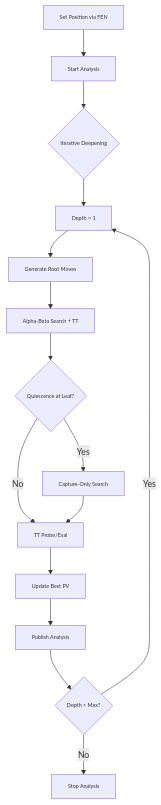
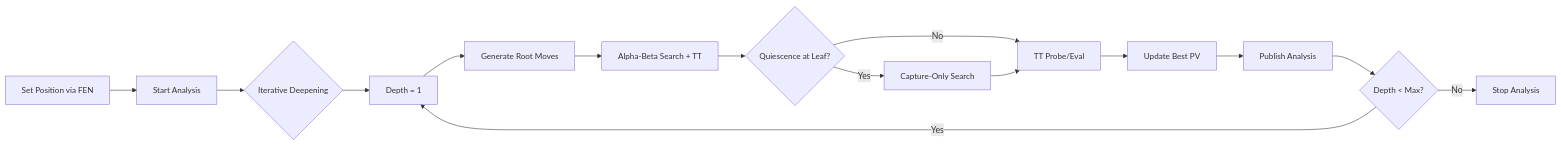
Before and after one commit to redrockstyle/evilchess: the diagram in README.md, drawn with Mermaid.

````diff
--- a/README.md
+++ b/README.md
@@ -33,19 +33,19 @@
 ```mermaid
-flowchart TD
+flowchart LR
   A[Set Position via FEN]:::theme --> B[Start Analysis]:::theme
-  B --> C{Iterative Deepening}:::theme
+  B[Start Analysis]:::theme --> C{Iterative Deepening}:::theme
   C --> D[Depth = 1]:::theme
   D --> E[Generate Root Moves]:::theme
   E --> F[Alpha-Beta Search + TT]:::theme
   F --> G{Quiescence at Leaf?}:::theme
   G -->|Yes| H[Capture-Only Search]:::theme
   G -->|No| I[TT Probe/Eval]:::theme
   H --> I
   I --> J[Update Best PV]:::theme
   J --> K[Publish Analysis]:::theme
   K --> L{Depth < Max?}:::theme
   L -->|Yes| D
   L -->|No| M[Stop Analysis]:::theme
 
-  classDef theme font-size:10px
+  classDef theme font-size:15px
 ```
````
